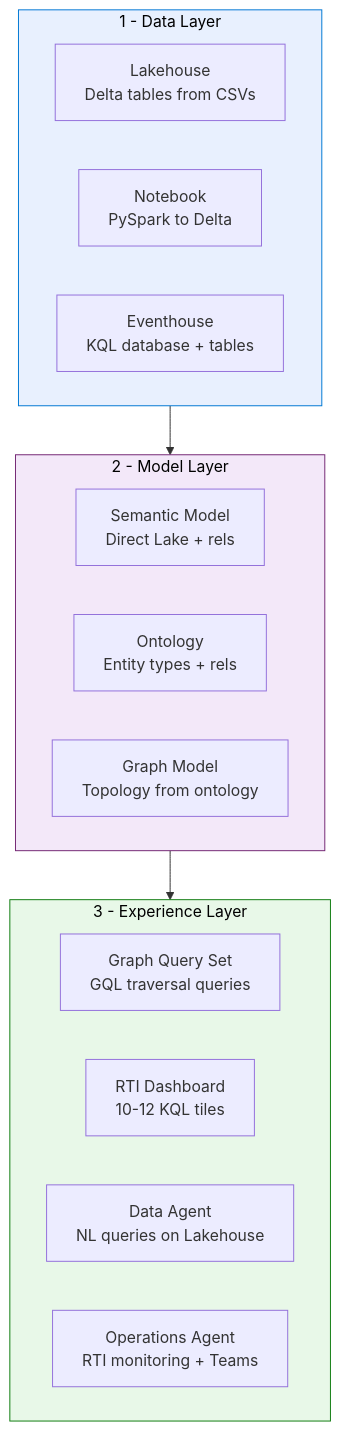
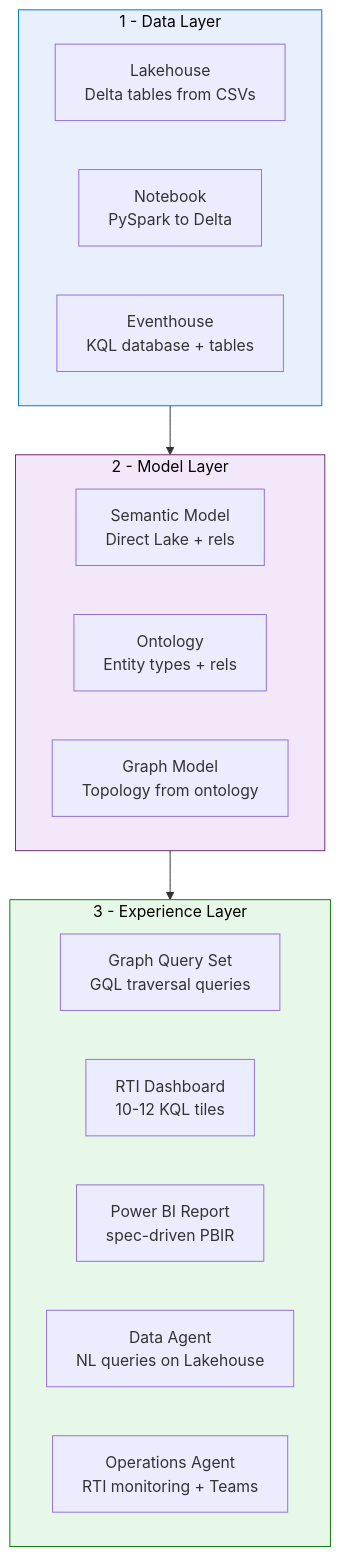
One commit to cyphou/Ontology-RTI changed the second of 14 diagrams in README.md. Above: the diagram before and after it, drawn with Mermaid. The commit also changed other lines of this file and 8 other files, not shown here.

````diff
--- a/README.md
+++ b/README.md
@@ -207,30 +233,31 @@
 ```mermaid
 flowchart TB
     subgraph Step1["1 - Data Layer"]
         direction LR
         LH["Lakehouse\nDelta tables from CSVs"]
         NB["Notebook\nPySpark to Delta"]
         EH["Eventhouse\nKQL database + tables"]
     end
 
     subgraph Step2["2 - Model Layer"]
         direction LR
         SM["Semantic Model\nDirect Lake + rels"]
         ONT["Ontology\nEntity types + rels"]
         GM["Graph Model\nTopology from ontology"]
     end
 
     subgraph Step3["3 - Experience Layer"]
         direction LR
         GQS["Graph Query Set\nGQL traversal queries"]
         DASH["RTI Dashboard\n10-12 KQL tiles"]
+        RPT["Power BI Report\nspec-driven PBIR"]
         DA["Data Agent\nNL queries on Lakehouse"]
         OA["Operations Agent\nRTI monitoring + Teams"]
     end
 
     Step1 --> Step2 --> Step3
 
     style Step1 fill:#E8F0FE,stroke:#0078D4,color:#000
     style Step2 fill:#F3E8F9,stroke:#742774,color:#000
     style Step3 fill:#E8F8E8,stroke:#107C10,color:#000
 ```
````
